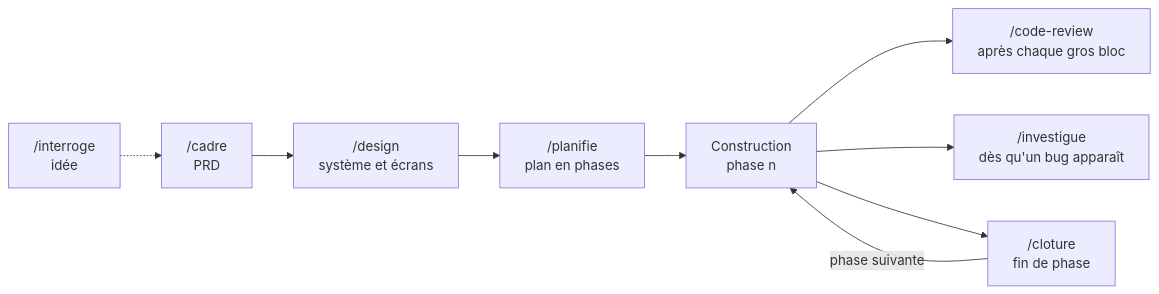
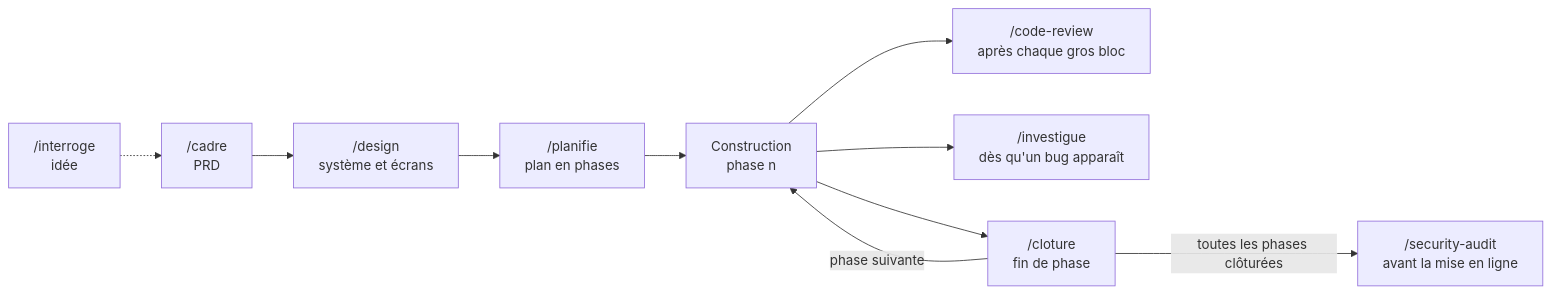
The diagram in README.md (MaQssime7/environnement-agentique), drawn with Mermaid before and after one commit. The commit also changed other lines of this file and 1 other file, not shown here.

Commit message:
Ajoute /security-audit (Cloudflare) comme vérification finale avant la mise en ligne

````diff
--- a/README.md
+++ b/README.md
@@ -11,11 +11,12 @@
 ```mermaid
 flowchart LR
     I["/interroge<br/>idée"] -.-> C["/cadre<br/>PRD"]
     C --> D["/design<br/>système et écrans"]
     D --> P["/planifie<br/>plan en phases"]
     P --> B["Construction<br/>phase n"]
     B --> R["/code-review<br/>après chaque gros bloc"]
     B --> X["/investigue<br/>dès qu'un bug apparaît"]
     B --> F["/cloture<br/>fin de phase"]
     F -->|phase suivante| B
+    F -->|toutes les phases clôturées| S["/security-audit<br/>avant la mise en ligne"]
 ```
````
